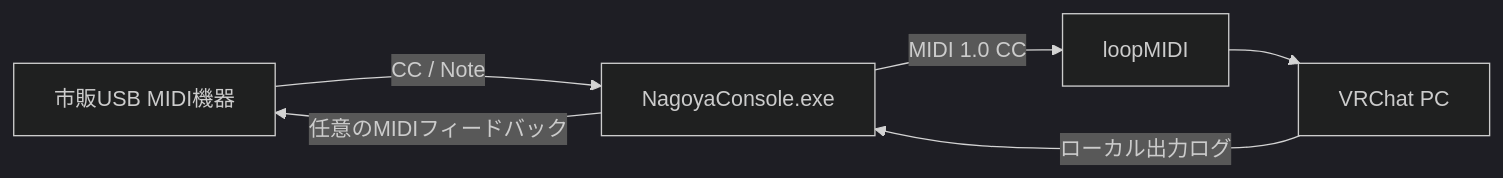
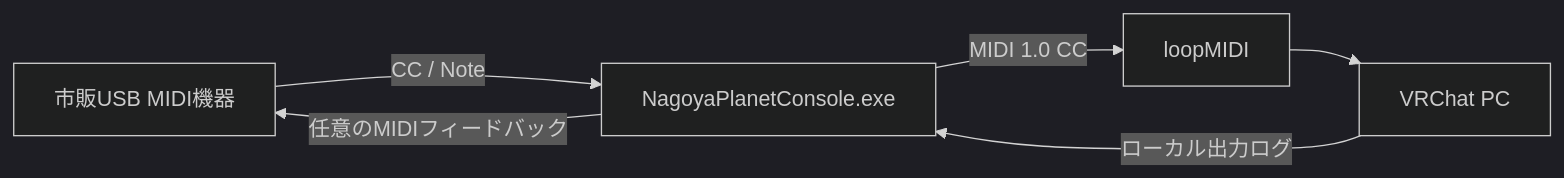
Before and after one commit to AkinoMizuki/NagoyaPlanetConsole: the diagram in README.md, drawn with Mermaid (dark theme). The commit also changed other lines of this file and 6 other files, not shown here.

````diff
--- a/README.md
+++ b/README.md
@@ -158,8 +160,8 @@
 ```mermaid
 flowchart LR
-    H[市販USB MIDI機器] -->|CC / Note| A[NagoyaConsole.exe]
+    H[市販USB MIDI機器] -->|CC / Note| A[NagoyaPlanetConsole.exe]
     A -->|任意のMIDIフィードバック| H
     A -->|MIDI 1.0 CC| B[loopMIDI]
     B --> C[VRChat PC]
     C -->|ローカル出力ログ| A
 ```
````
